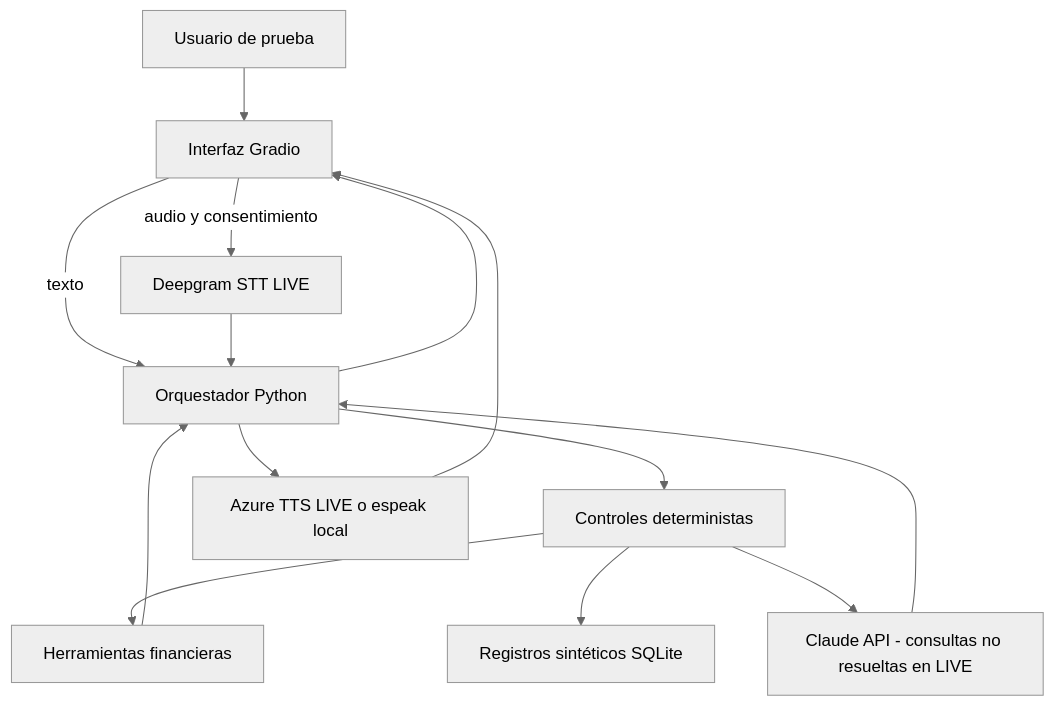
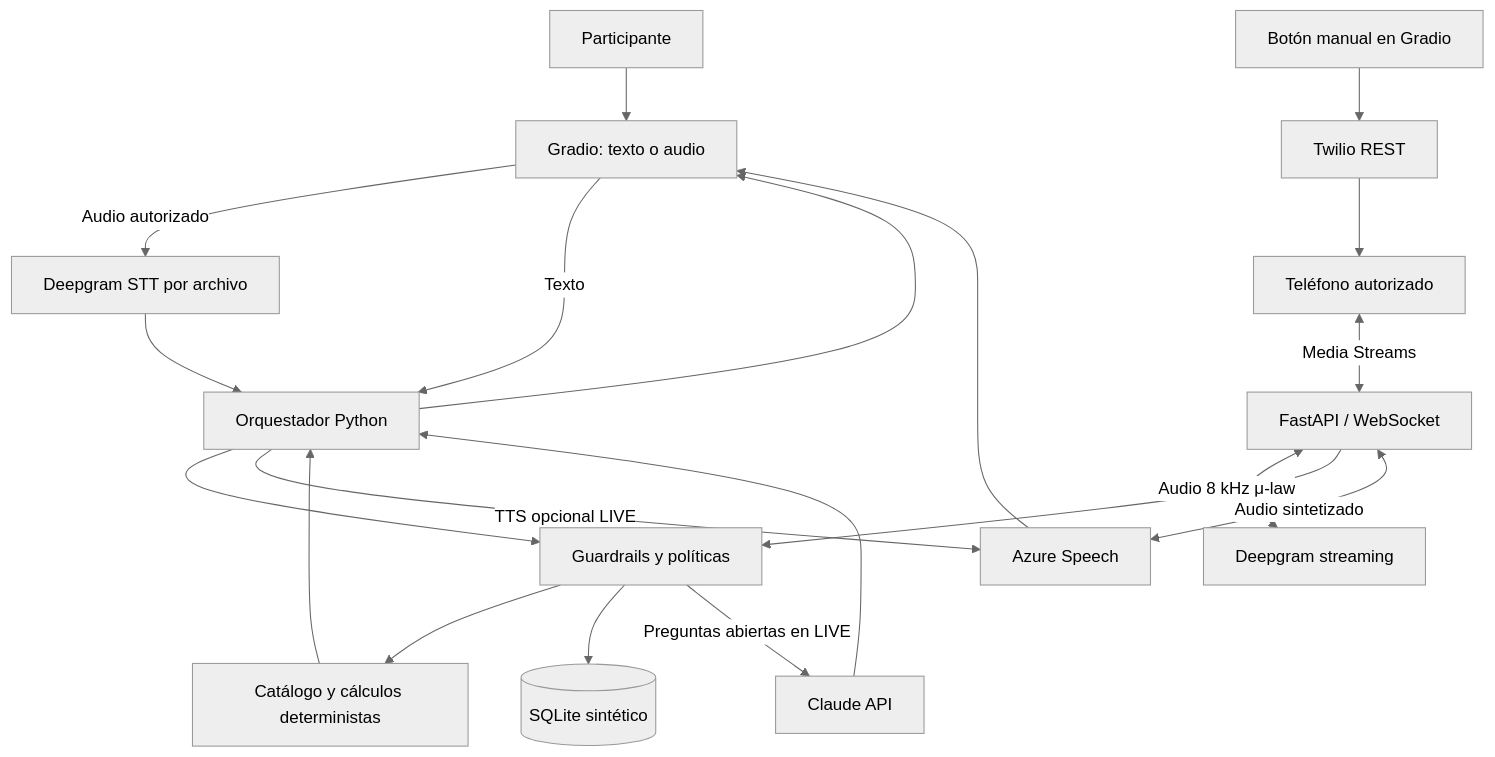
Before and after one commit to Mandroide/vantra-ai: the diagram in docs/architecture.md, drawn with Mermaid (neutral theme). The commit also changed other lines of this file and 31 other files, not shown here.

````diff
--- a/docs/architecture.md
+++ b/docs/architecture.md
@@ -12,16 +7,23 @@
 ```mermaid
 flowchart TD
-  U[Usuario de prueba] --> G[Interfaz Gradio]
-  G -->|texto| A[Orquestador Python]
-  G -->|audio y consentimiento| STT[Deepgram STT LIVE]
-  STT --> A
-  A --> SEC[Controles deterministas]
-  SEC --> TOOL[Herramientas financieras]
-  SEC --> DB[Registros sintéticos SQLite]
-  SEC --> LLM[Claude API - consultas no resueltas en LIVE]
-  TOOL --> A
-  LLM --> A
+  U[Participante] --> G[Gradio: texto o audio]
+  G -->|Audio autorizado| DG[Deepgram STT por archivo]
+  DG --> A[Orquestador Python]
+  G -->|Texto| A
+  A --> S[Guardrails y políticas]
+  S --> F[Catálogo y cálculos deterministas]
+  S --> DB[(SQLite sintético)]
+  S -->|Preguntas abiertas en LIVE| L[Claude API]
+  F --> A
+  L --> A
   A --> G
-  A --> TTS[Azure TTS LIVE o espeak local]
-  TTS --> G
+  A -->|TTS opcional LIVE| AZ[Azure Speech]
+  AZ --> G
+
+  GR[Botón manual en Gradio] --> T[Twilio REST]
+  T --> PSTN[Teléfono autorizado]
+  PSTN <-->|Media Streams| WS[FastAPI / WebSocket]
+  WS <-->|Audio 8 kHz μ-law| DGS[Deepgram streaming]
+  WS --> S
+  WS <-->|Audio sintetizado| AZ
 ```
````
